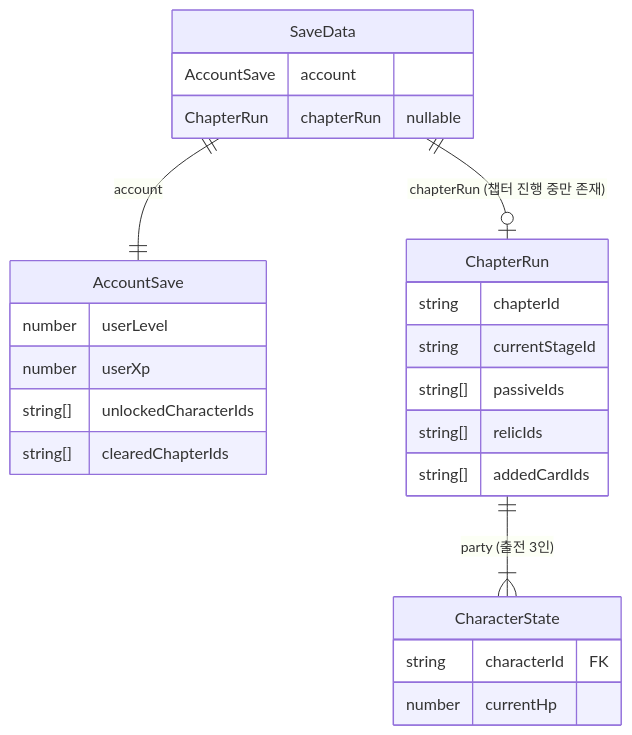
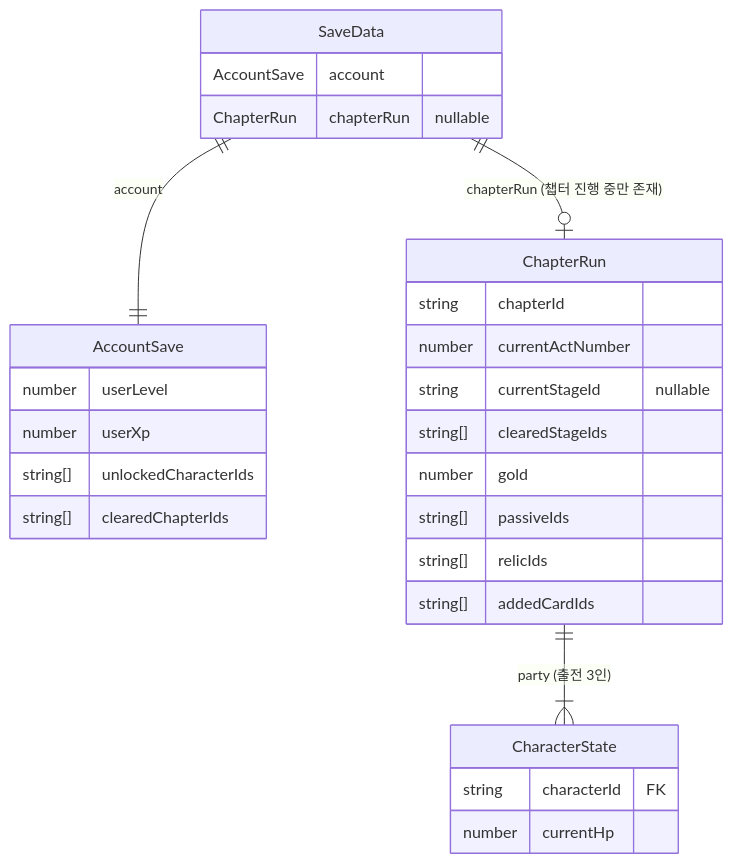
Before and after one commit to suan2zto2/cazena2: the third of 3 diagrams in docs/schema.md, drawn with Mermaid. The commit also changed other lines of this file and 41 other files, not shown here.

````diff
--- a/docs/schema.md
+++ b/docs/schema.md
@@ -109,28 +139,31 @@
 ```mermaid
 erDiagram
     SaveData {
         AccountSave account
         ChapterRun chapterRun "nullable"
     }
     AccountSave {
         number userLevel
         number userXp
         string[] unlockedCharacterIds
         string[] clearedChapterIds
     }
     ChapterRun {
         string chapterId
-        string currentStageId
+        number currentActNumber
+        string currentStageId "nullable"
+        string[] clearedStageIds
+        number gold
         string[] passiveIds
         string[] relicIds
         string[] addedCardIds
     }
     CharacterState {
         string characterId FK
         number currentHp
     }
 
     SaveData ||--|| AccountSave : "account"
     SaveData ||--o| ChapterRun : "chapterRun (챕터 진행 중만 존재)"
     ChapterRun ||--|{ CharacterState : "party (출전 3인)"
 ```
````
